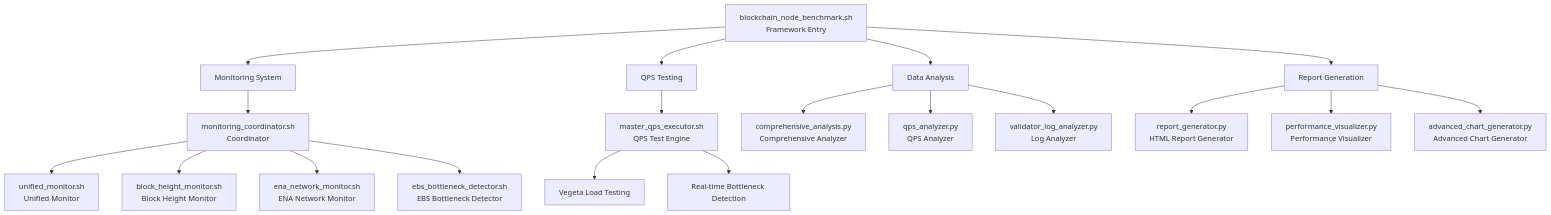
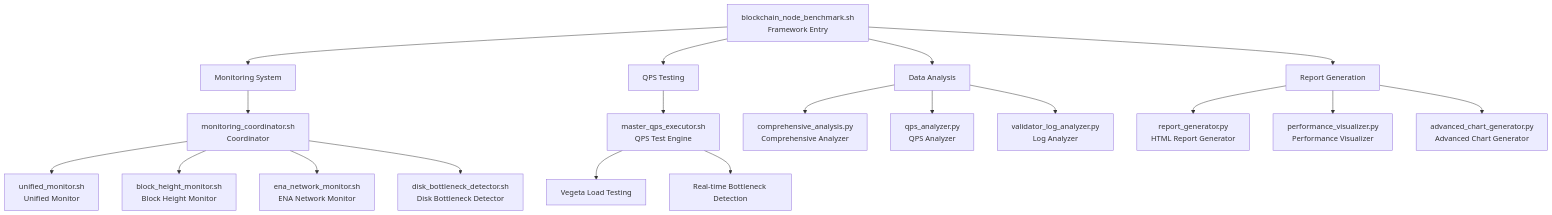
One commit to StayHungryStayFoolish/blockchain-node-benchmark changed the first of 6 diagrams in docs/data-architecture.md. Above: the diagram before and after it, drawn with Mermaid. The commit also changed other lines of this file and 77 other files, not shown here.

````diff
--- a/docs/data-architecture.md
+++ b/docs/data-architecture.md
@@ -13,25 +13,25 @@
 ```mermaid
 graph TB
     A[blockchain_node_benchmark.sh<br/>Framework Entry] --> B[Monitoring System]
     A --> C[QPS Testing]
     A --> D[Data Analysis]
     A --> E[Report Generation]
     
     B --> B1[monitoring_coordinator.sh<br/>Coordinator]
     B1 --> B2[unified_monitor.sh<br/>Unified Monitor]
     B1 --> B3[block_height_monitor.sh<br/>Block Height Monitor]
     B1 --> B4[ena_network_monitor.sh<br/>ENA Network Monitor]
-    B1 --> B5[ebs_bottleneck_detector.sh<br/>EBS Bottleneck Detector]
+    B1 --> B5[disk_bottleneck_detector.sh<br/>Disk Bottleneck Detector]
     
     C --> C1[master_qps_executor.sh<br/>QPS Test Engine]
     C1 --> C2[Vegeta Load Testing]
     C1 --> C3[Real-time Bottleneck Detection]
     
     D --> D1[comprehensive_analysis.py<br/>Comprehensive Analyzer]
     D --> D2[qps_analyzer.py<br/>QPS Analyzer]
     D --> D3[validator_log_analyzer.py<br/>Log Analyzer]
     
     E --> E1[report_generator.py<br/>HTML Report Generator]
     E --> E2[performance_visualizer.py<br/>Performance Visualizer]
     E --> E3[advanced_chart_generator.py<br/>Advanced Chart Generator]
 ```
````
